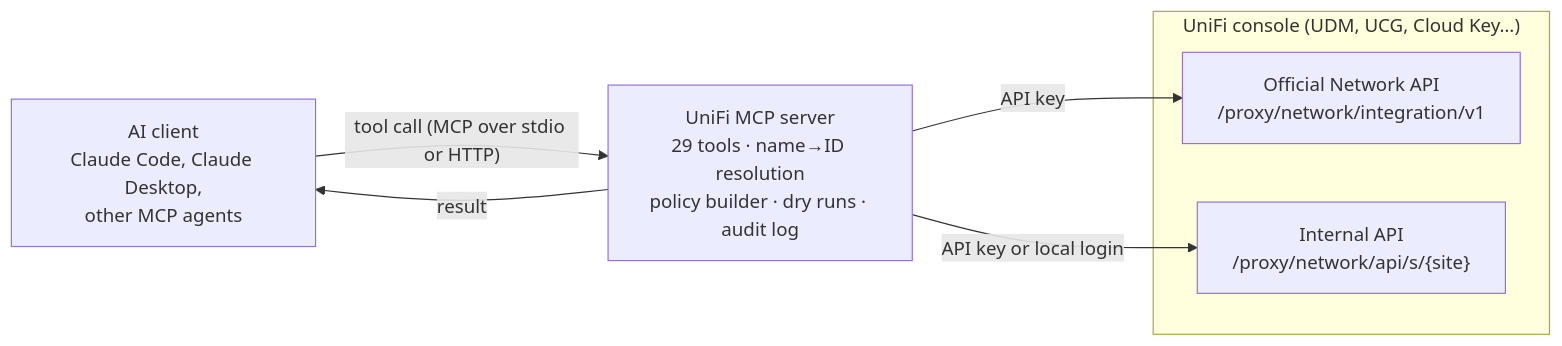
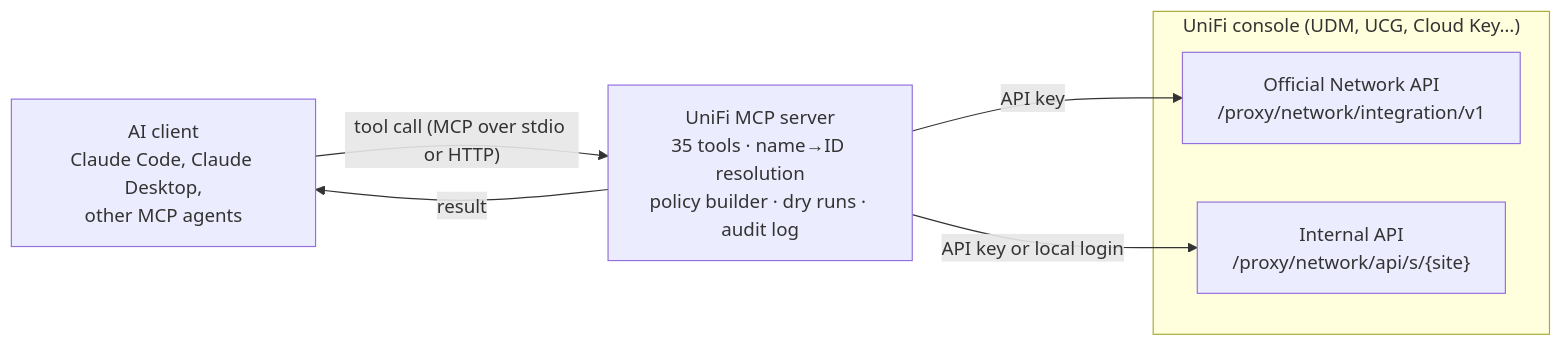
One commit to SmugZombie/Unifi-MCP changed the diagram in README.md. Above: the diagram before and after it, drawn with Mermaid. The commit also changed other lines of this file and 16 other files, not shown here.

First line of the commit message:
Add flow top-N, port-forward and WAN-health tools, and timed blocks

````diff
--- a/README.md
+++ b/README.md
@@ -28,11 +28,11 @@
 ```mermaid
 flowchart LR
-    A["AI client<br/>Claude Code, Claude Desktop,<br/>other MCP agents"] -- "tool call (MCP over stdio or HTTP)" --> S["UniFi MCP server<br/>29 tools · name→ID resolution<br/>policy builder · dry runs · audit log"]
+    A["AI client<br/>Claude Code, Claude Desktop,<br/>other MCP agents"] -- "tool call (MCP over stdio or HTTP)" --> S["UniFi MCP server<br/>35 tools · name→ID resolution<br/>policy builder · dry runs · audit log"]
     S -- result --> A
     S -- "API key" --> O["Official Network API<br/>/proxy/network/integration/v1"]
     S -- "API key or local login" --> I["Internal API<br/>/proxy/network/api/s/{site}"]
     subgraph Console["UniFi console (UDM, UCG, Cloud Key…)"]
         O
         I
     end
 ```
````
